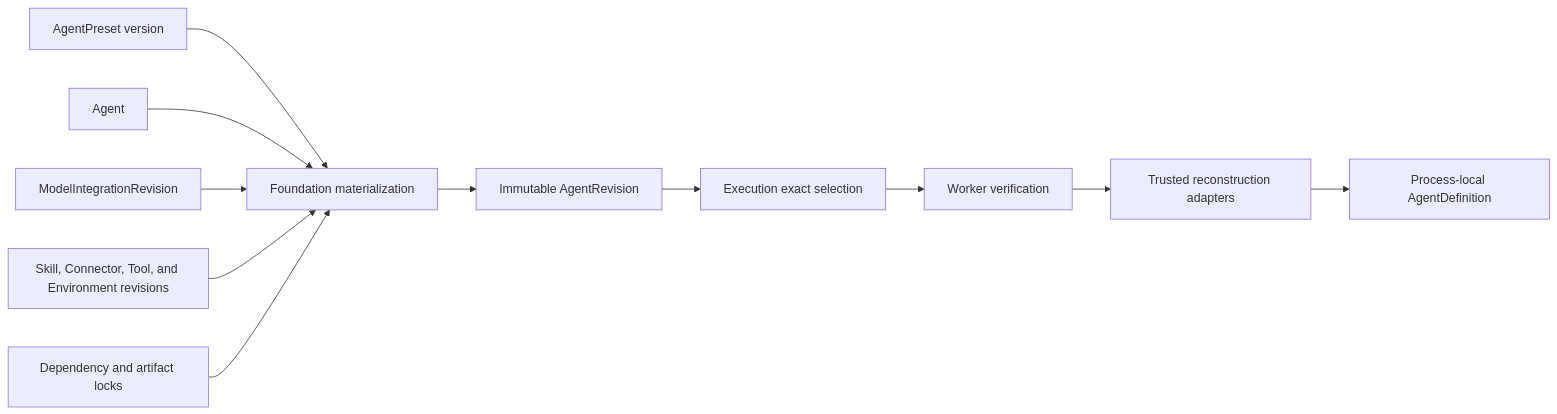
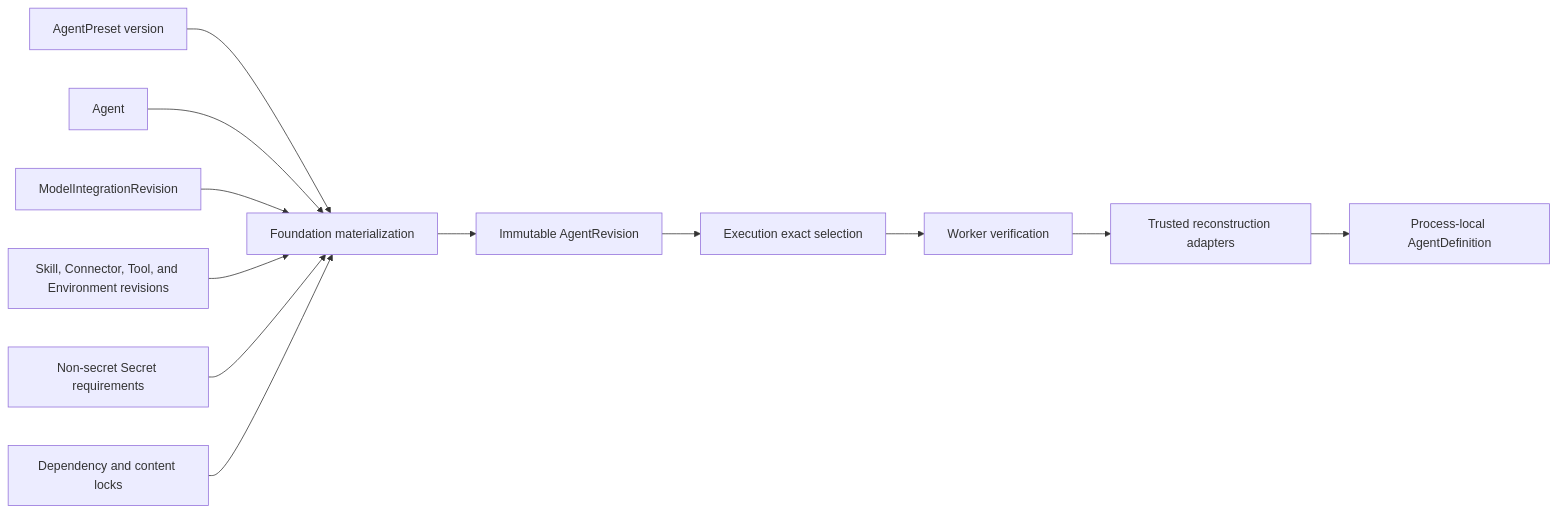
Before and after one commit to LTThreeComma/agent-foundation: the first of 2 diagrams in spec/foundation-service/05-agent-revisions-and-reconstruction.md, drawn with Mermaid. The commit also changed other lines of this file and 5 other files, not shown here.

````diff
--- a/spec/foundation-service/05-agent-revisions-and-reconstruction.md
+++ b/spec/foundation-service/05-agent-revisions-and-reconstruction.md
@@ -28,13 +33,14 @@
 ```mermaid
 flowchart LR
     Preset[AgentPreset version] --> Materialize[Foundation materialization]
     Agent[Agent] --> Materialize
     Model[ModelIntegrationRevision] --> Materialize
     Resources[Skill, Connector, Tool, and Environment revisions] --> Materialize
-    Locks[Dependency and artifact locks] --> Materialize
+    Secrets[Non-secret Secret requirements] --> Materialize
+    Locks[Dependency and content locks] --> Materialize
     Materialize --> Revision[Immutable AgentRevision]
     Revision --> Execution[Execution exact selection]
     Execution --> Verify[Worker verification]
     Verify --> Adapter[Trusted reconstruction adapters]
     Adapter --> Definition[Process-local AgentDefinition]
 ```
````
